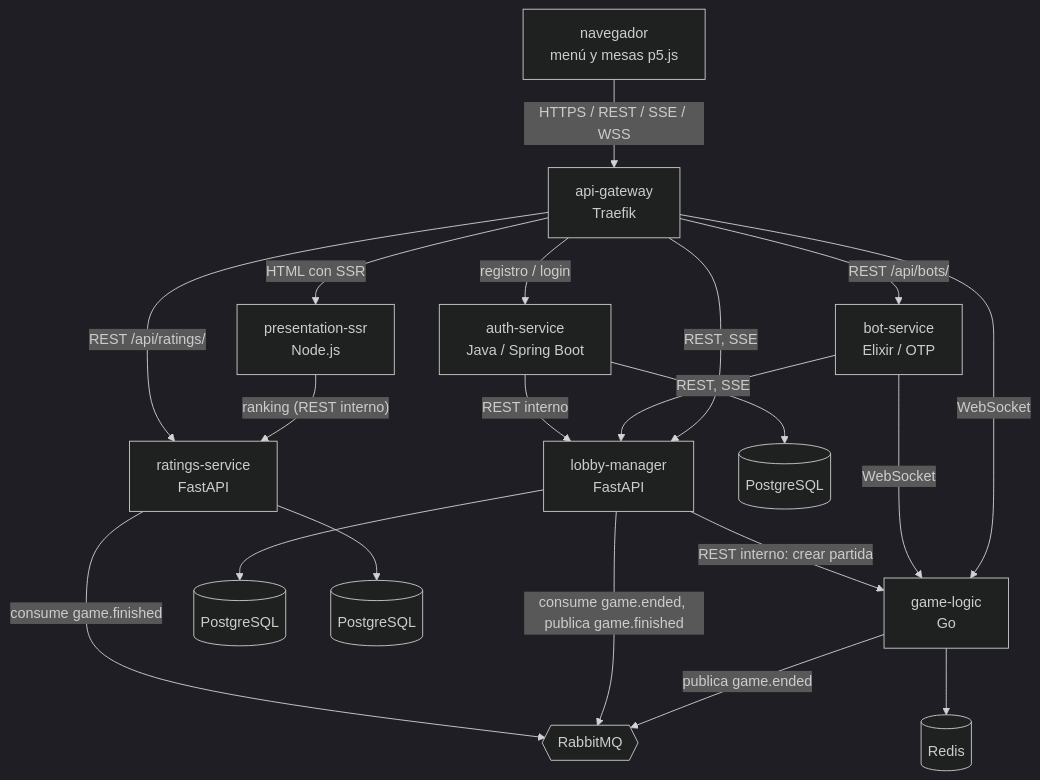
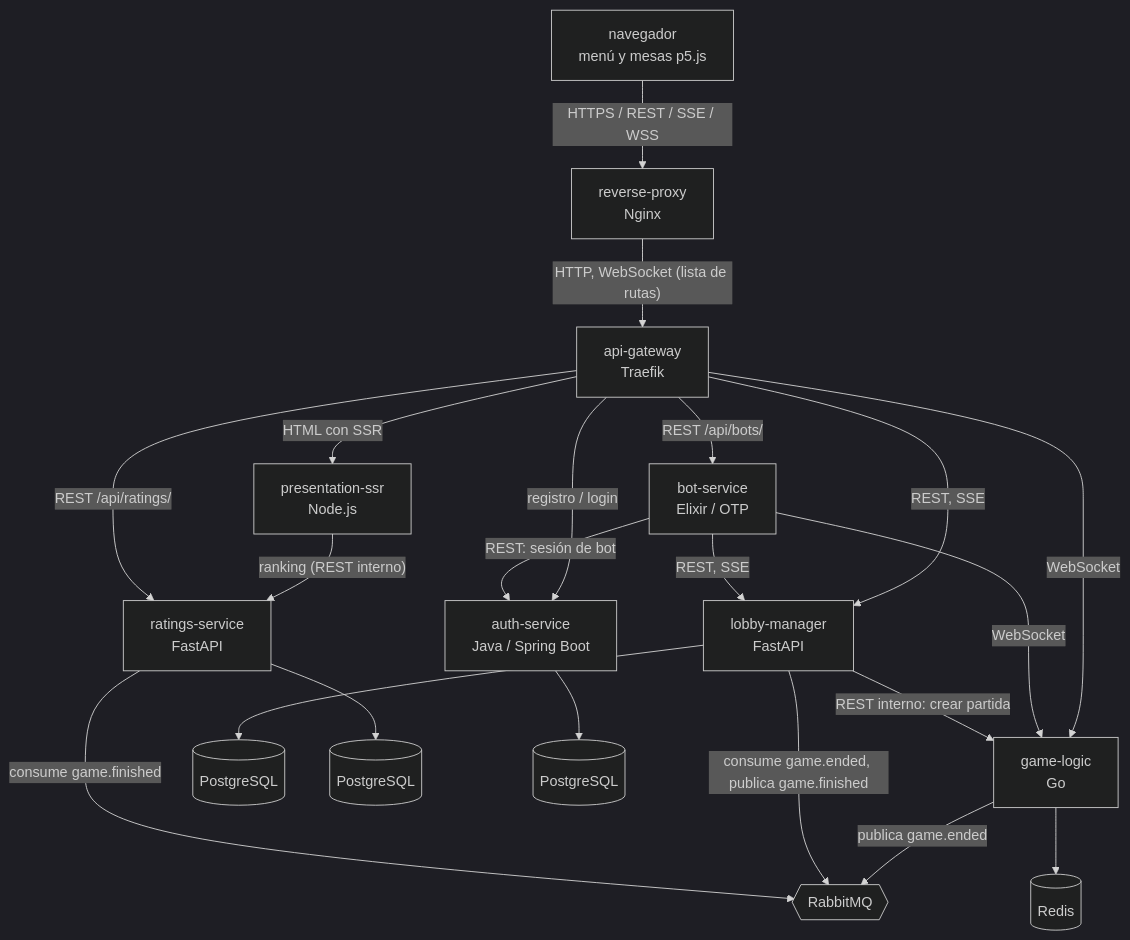
The diagram in README.md (soetgdeznsgk/ArchSoft-Group1F), drawn with Mermaid (dark theme) before and after one commit. The commit also changed other lines of this file and 43 other files, not shown here.

Commit message:
Reverse Proxy (escenario 2): Nginx delante de Traefik

````diff
--- a/README.md
+++ b/README.md
@@ -10,22 +10,23 @@
 ```mermaid
 flowchart TB
-  C[navegador<br/>menú y mesas p5.js] -- "HTTPS / REST / SSE / WSS" --> G[api-gateway<br/>Traefik]
+  C[navegador<br/>menú y mesas p5.js] -- "HTTPS / REST / SSE / WSS" --> RP[reverse-proxy<br/>Nginx]
+  RP -- "HTTP, WebSocket (lista de rutas)" --> G[api-gateway<br/>Traefik]
   G -- "HTML con SSR" --> P[presentation-ssr<br/>Node.js]
   P -- "ranking (REST interno)" --> RS
   G -- "REST, SSE" --> L[lobby-manager<br/>FastAPI]
   G -- "registro / login" --> A[auth-service<br/>Java / Spring Boot]
   G -- WebSocket --> GL[game-logic<br/>Go]
   G -- "REST /api/bots/" --> B[bot-service<br/>Elixir / OTP]
   G -- "REST /api/ratings/" --> RS[ratings-service<br/>FastAPI]
   B -- "REST, SSE" --> L
   B -- WebSocket --> GL
-  A -- "REST interno" --> L
+  B -- "REST: sesión de bot" --> A
   L -- "REST interno: crear partida" --> GL
   GL -- "publica game.ended" --> MQ{{RabbitMQ}}
   L -- "consume game.ended, publica game.finished" --> MQ
   RS -- "consume game.finished" --> MQ
   L --> PG[(PostgreSQL)]
   RS --> RPG[(PostgreSQL)]
   A --> APG[(PostgreSQL)]
   GL --> R[(Redis)]
 ```
````
